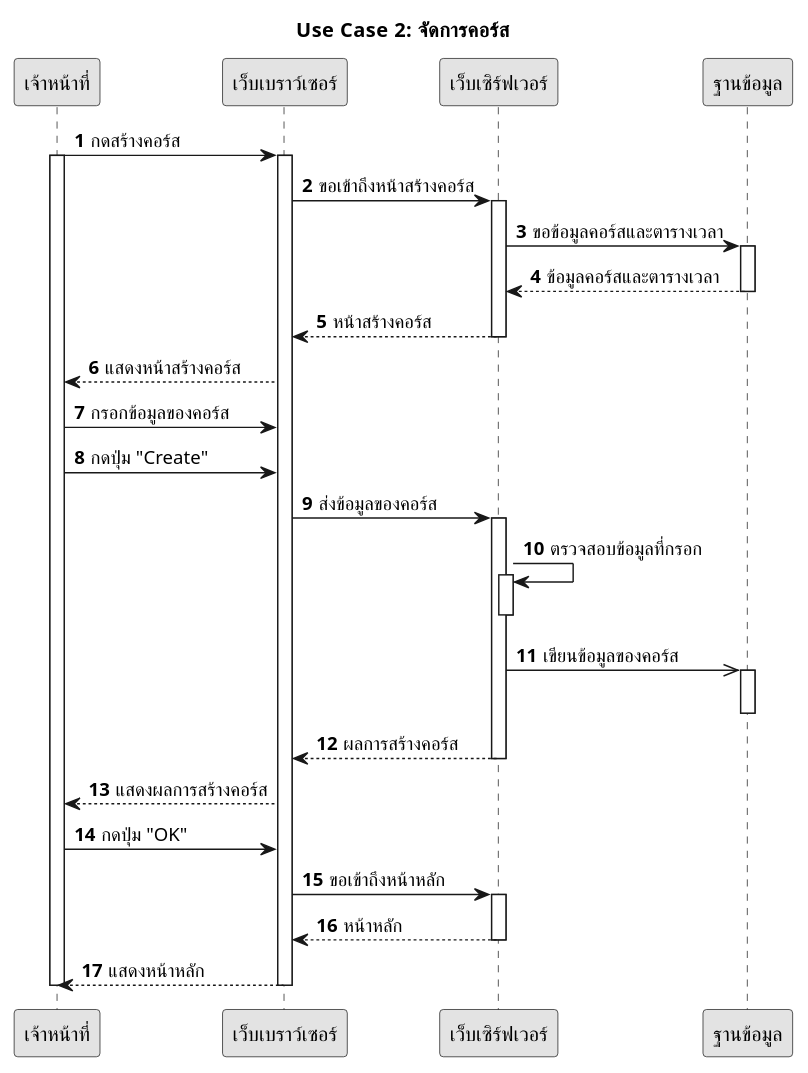
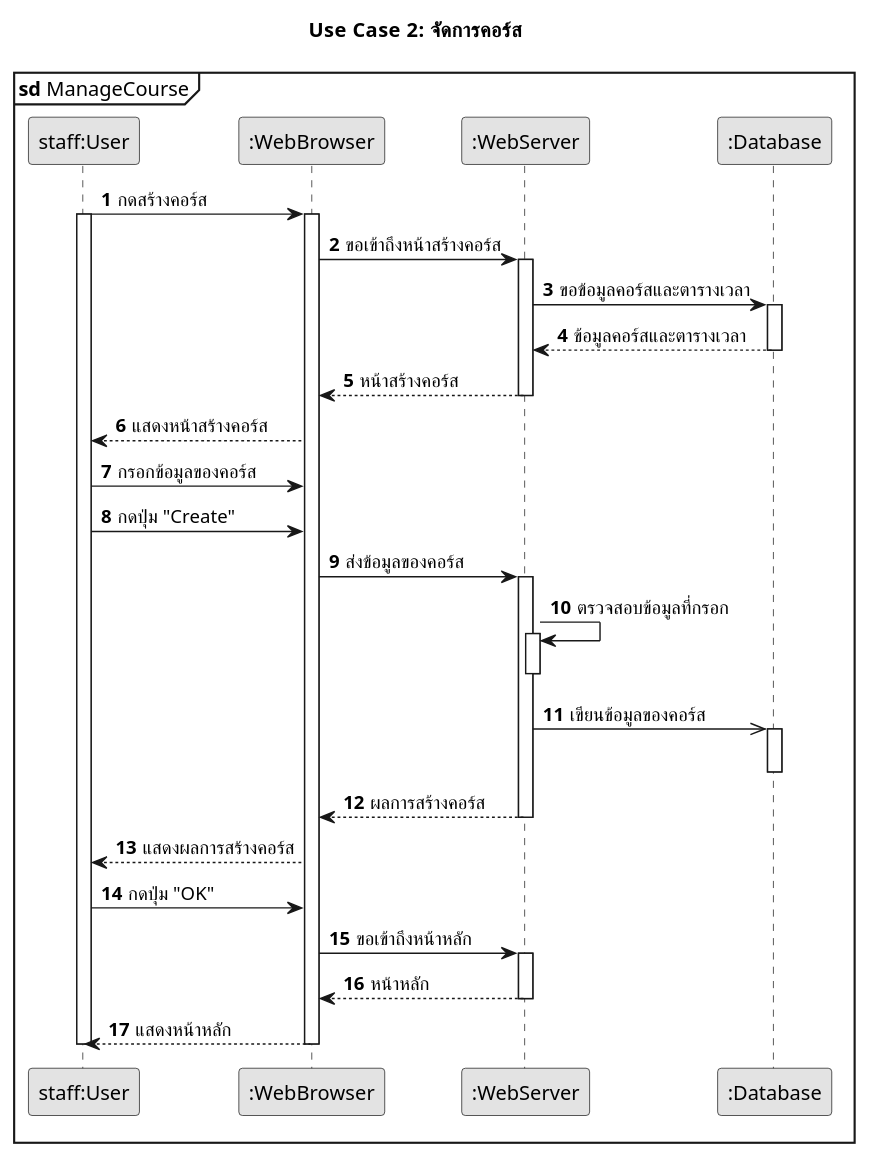
One commit to SaluteKevin/AQkid changed the diagram in design/diagrams/sequence/aqkids-sequences-uc-2.puml. Above: the diagram before and after it, drawn with PlantUML. The commit also changed 8 other files, not shown here.

```diff
--- a/design/diagrams/sequence/aqkids-sequences-uc-2.puml
+++ b/design/diagrams/sequence/aqkids-sequences-uc-2.puml
@@ -1,46 +1,47 @@
 @startuml
 skinparam monochrome true
 skinparam defaultFontName Sarabun
 autonumber
 
 title Use Case 2: จัดการคอร์ส
+mainframe **sd** ManageCourse
 
-participant "เจ้าหน้าที่" as Staff
-participant "เว็บเบราว์เซอร์" as Browser
-participant "เว็บเซิร์ฟเวอร์" as Server
-participant "ฐานข้อมูล" as Database
+participant "staff:User" as Staff
+participant ":WebBrowser" as Browser
+participant ":WebServer" as Server
+participant ":Database" as Database
 
 Staff -> Browser: กดสร้างคอร์ส
 activate Staff
 activate Browser
 Browser -> Server: ขอเข้าถึงหน้าสร้างคอร์ส
 activate Server
 Server -> Database: ขอข้อมูลคอร์สและตารางเวลา
 activate Database
 Database --> Server: ข้อมูลคอร์สและตารางเวลา
 deactivate Database
 Server --> Browser: หน้าสร้างคอร์ส
 deactivate Server
 Browser --> Staff: แสดงหน้าสร้างคอร์ส
 Staff -> Browser: กรอกข้อมูลของคอร์ส
 Staff -> Browser: กดปุ่ม "Create"
 Browser -> Server: ส่งข้อมูลของคอร์ส
 activate Server
 Server -> Server: ตรวจสอบข้อมูลที่กรอก
 activate Server
 deactivate Server
 Server ->> Database: เขียนข้อมูลของคอร์ส
 activate Database
 deactivate Database
 Server --> Browser: ผลการสร้างคอร์ส
 deactivate Server
 Browser --> Staff: แสดงผลการสร้างคอร์ส
 Staff -> Browser: กดปุ่ม "OK"
 Browser -> Server: ขอเข้าถึงหน้าหลัก
 activate Server
 Server --> Browser: หน้าหลัก
 deactivate Server
 Browser --> Staff: แสดงหน้าหลัก
 deactivate Browser
 deactivate Staff
 @enduml
```
